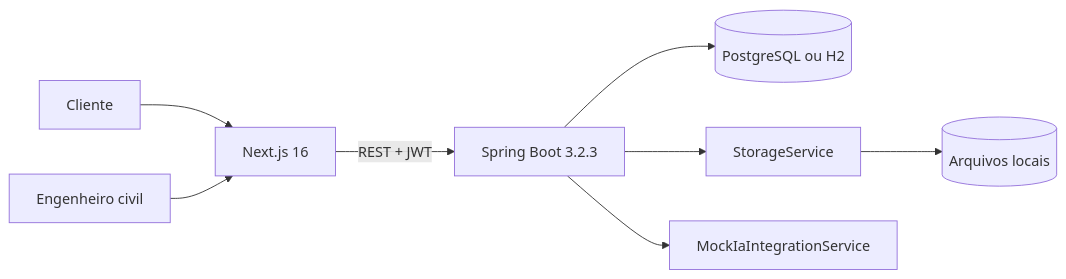
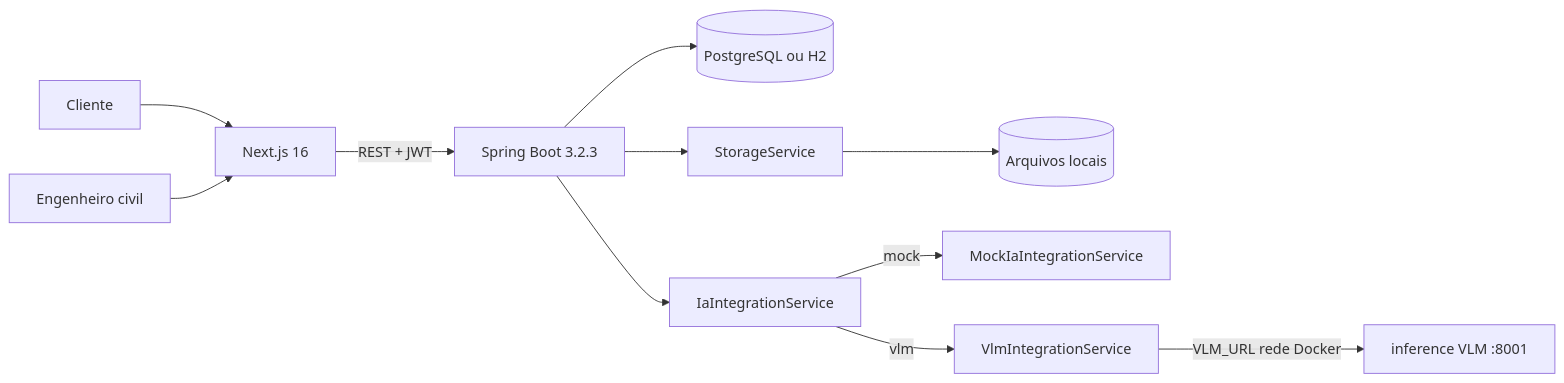
One commit to IA-Vistoria/vistoria-mvp changed the diagram in app/docs/architecture.md. Above: the diagram before and after it, drawn with Mermaid. The commit also changed other lines of this file and 66 other files, not shown here.

Commit message:
feat(mvp): integra VLM, inference e Docker do fluxo de IA

````diff
--- a/app/docs/architecture.md
+++ b/app/docs/architecture.md
@@ -11,10 +19,13 @@
 ```mermaid
 flowchart LR
     Client["Cliente"] --> Web["Next.js 16"]
     Engineer["Engenheiro civil"] --> Web
     Web -->|"REST + JWT"| API["Spring Boot 3.2.3"]
     API --> DB[("PostgreSQL ou H2")]
     API --> Storage["StorageService"]
     Storage --> Files[("Arquivos locais")]
-    API --> Mock["MockIaIntegrationService"]
+    API --> IaPort["IaIntegrationService"]
+    IaPort -->|mock| Mock["MockIaIntegrationService"]
+    IaPort -->|vlm| Vlm["VlmIntegrationService"]
+    Vlm -->|"VLM_URL rede Docker"| Inference["inference VLM :8001"]
 ```
````
